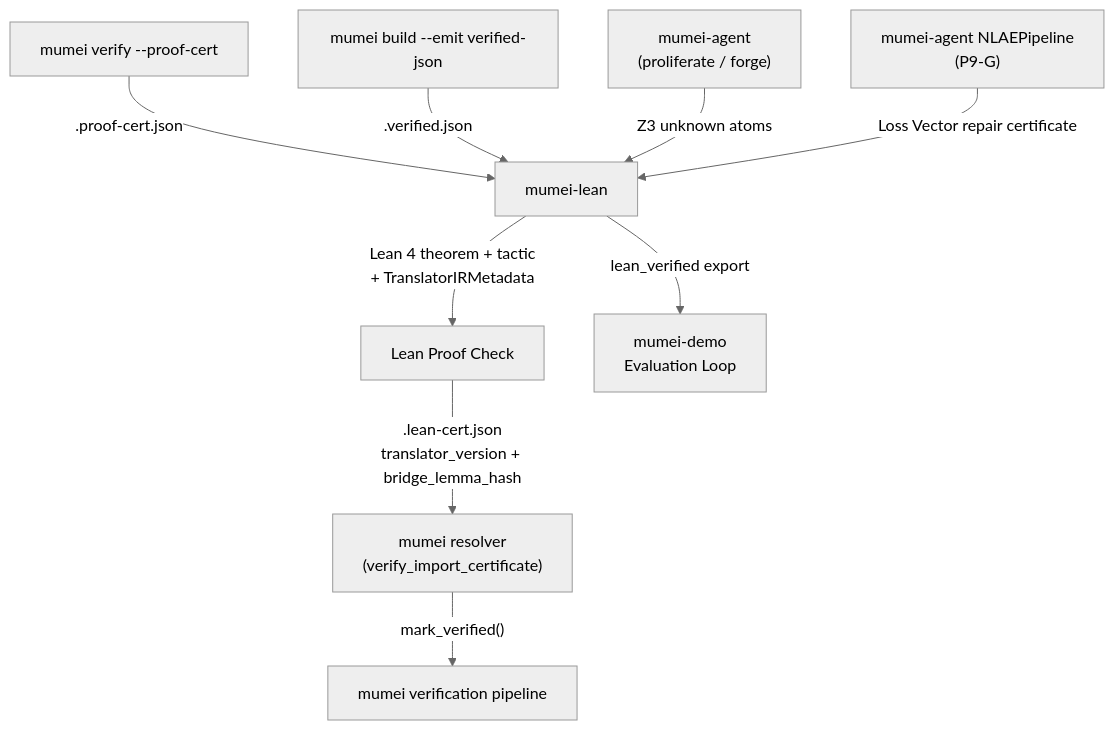
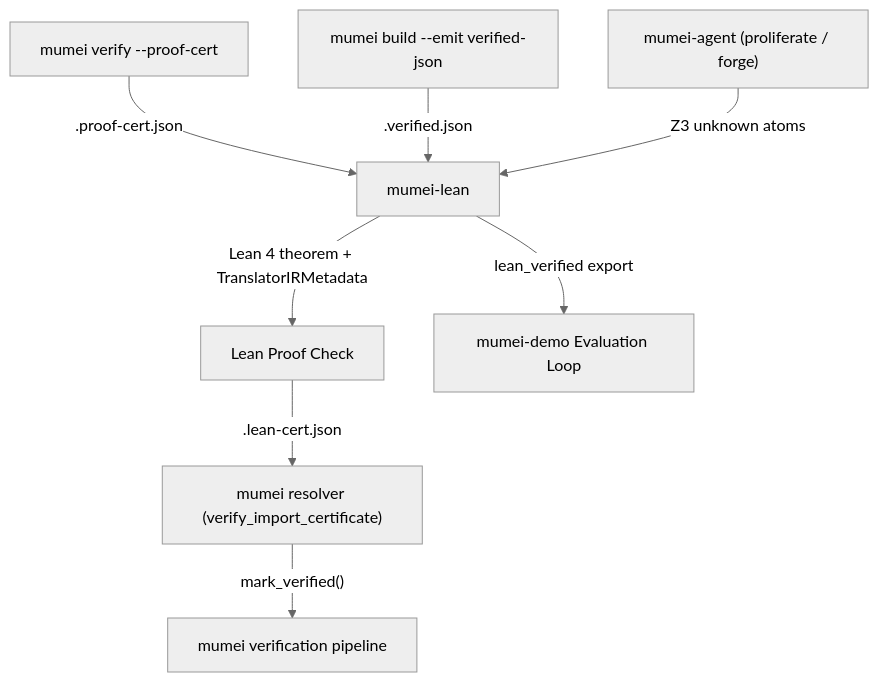
One commit to mumei-lang/mumei-lean changed the diagram in README.md. Above: the diagram before and after it, drawn with Mermaid (neutral theme). The commit also changed other lines of this file and 3 other files, not shown here.

````diff
--- a/README.md
+++ b/README.md
@@ -73,11 +17,10 @@
 ```mermaid
 graph TD
     M["mumei verify --proof-cert"] -->|".proof-cert.json"| ML["mumei-lean"]
     M2["mumei build --emit verified-json"] -->|".verified.json"| ML
-    ML -->|"Lean 4 theorem + tactic\n+ TranslatorIRMetadata"| LP["Lean Proof Check"]
-    LP -->|".lean-cert.json\ntranslator_version + bridge_lemma_hash"| MR["mumei resolver\n(verify_import_certificate)"]
+    ML -->|"Lean 4 theorem + TranslatorIRMetadata"| LP["Lean Proof Check"]
+    LP -->|".lean-cert.json"| MR["mumei resolver (verify_import_certificate)"]
     MR -->|"mark_verified()"| MV["mumei verification pipeline"]
-    AG["mumei-agent\n(proliferate / forge)"] -->|"Z3 unknown atoms"| ML
-    NLAE["mumei-agent NLAEPipeline\n(P9-G)"] -->|"Loss Vector repair certificate"| ML
-    ML -->|"lean_verified export"| DEMO["mumei-demo\nEvaluation Loop"]
+    AG["mumei-agent (proliferate / forge)"] -->|"Z3 unknown atoms"| ML
+    ML -->|"lean_verified export"| DEMO["mumei-demo Evaluation Loop"]
 ```
````
